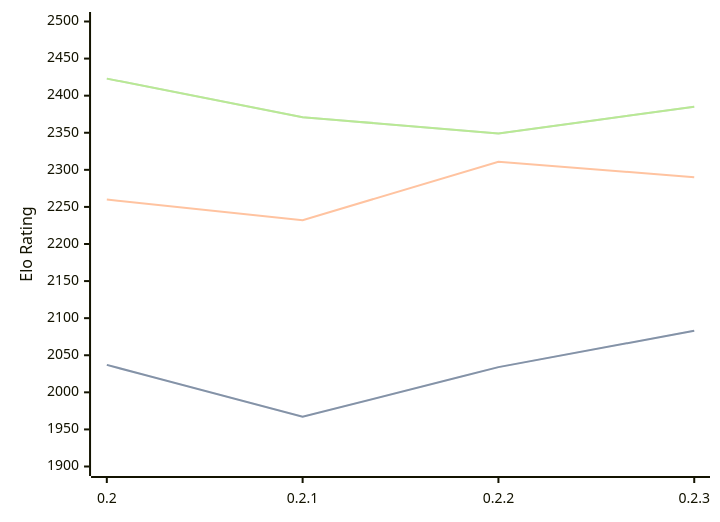
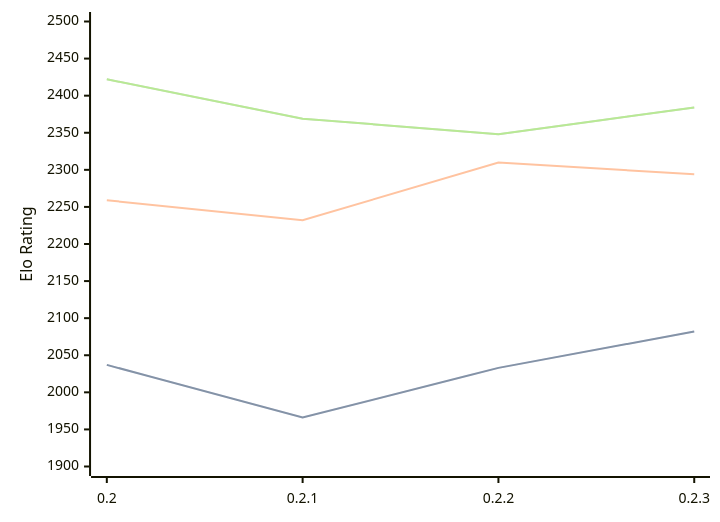
The diagram in engines/Lolbot.md (computer-chess-index/cci), drawn with Mermaid before and after one commit. The commit also changed other lines of this file, not shown here.

Commit message:
Update CCI Ratings (ELO VLTC) - 2026-03-07

````diff
--- a/engines/Lolbot.md
+++ b/engines/Lolbot.md
@@ -33,11 +33,11 @@
 ```mermaid
 %%{init: {"theme":"base","themeVariables":{"seriesColors:['#a3a3a3','#222221','#faa371']}}}%%
 xychart-beta
   x-axis ["0.2", "0.2.1", "0.2.2", "0.2.3"]
   y-axis "Elo Rating" 1900 --> 2500
-  line "STC (8.0+0.08s)" [2037, 1967, 2034, 2083]
-  line "STC (8.0+0.08s)" [2037, 1967, 2034, 2083]
-  line "LTC (60.0+0.60s)" [2260, 2232, 2311, 2290]
-  line "VLTC (2m24s+1.12s)" [2423, 2371, 2349, 2385]
-  line "VLTC (2m24s+1.12s)" [2423, 2371, 2349, 2385]
+  line "STC (8.0+0.08s)" [2037, 1966, 2033, 2082]
+  line "STC (8.0+0.08s)" [2037, 1966, 2033, 2082]
+  line "LTC (60.0+0.60s)" [2259, 2232, 2310, 2294]
+  line "VLTC (2m24s+1.12s)" [2422, 2369, 2348, 2384]
+  line "VLTC (2m24s+1.12s)" [2422, 2369, 2348, 2384]
 ```
````
